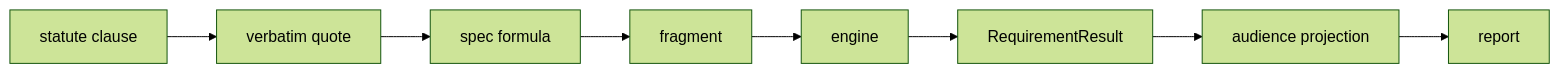
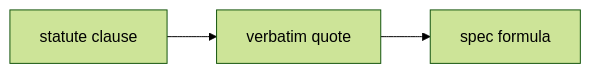
One commit to SandroHub013/reasonsmith changed the diagram in docs/refinement.md. Above: the diagram before and after it, drawn with Mermaid (forest theme). The commit also changed other lines of this file and 9 other files, not shown here.

Commit message:
Fix Mermaid diagram legibility (#166)

````diff
--- a/docs/refinement.md
+++ b/docs/refinement.md
@@ -19,10 +23,5 @@
 ```mermaid
 flowchart LR
     clause["statute clause"] --> quote["verbatim quote"]
     quote --> spec["spec formula"]
-    spec --> fragment["fragment"]
-    fragment --> engine["engine"]
-    engine --> result["RequirementResult"]
-    result --> projection["audience projection"]
-    projection --> report["report"]
 ```
````
